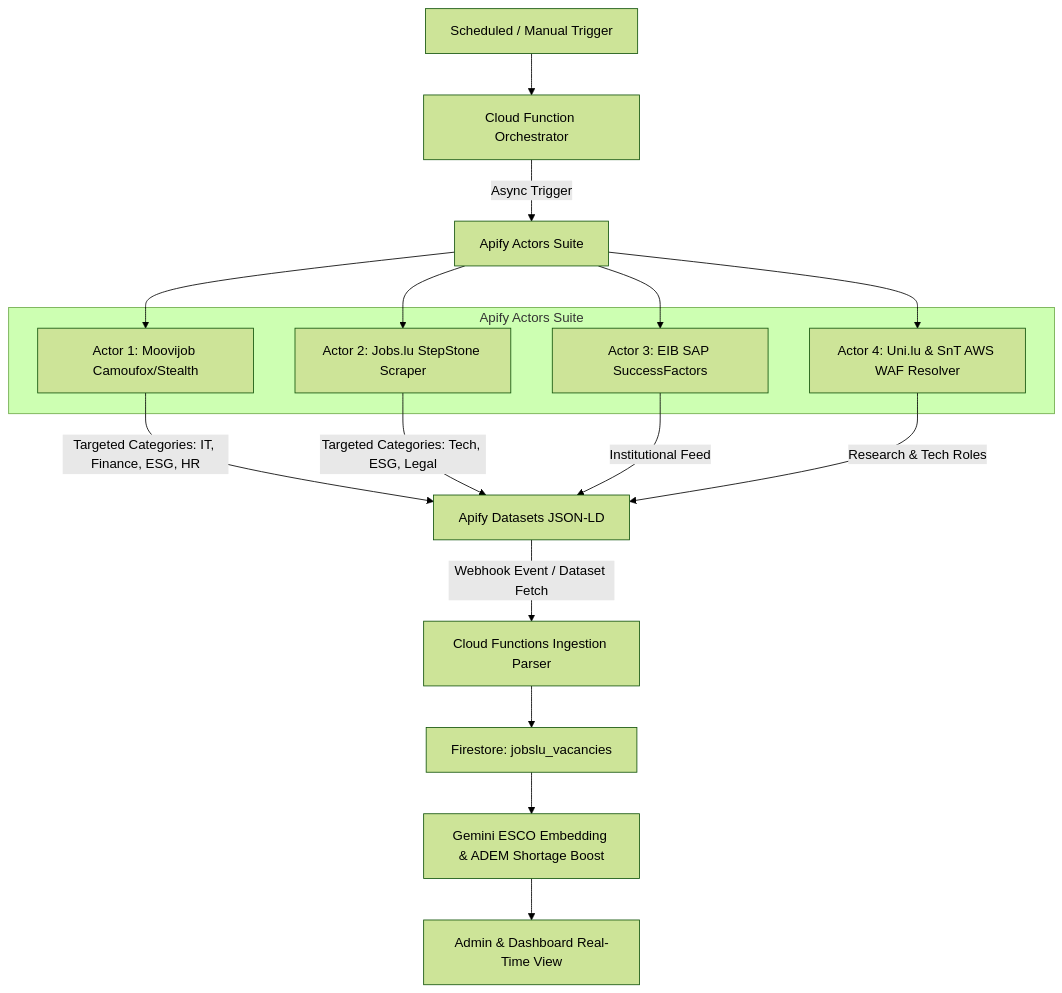
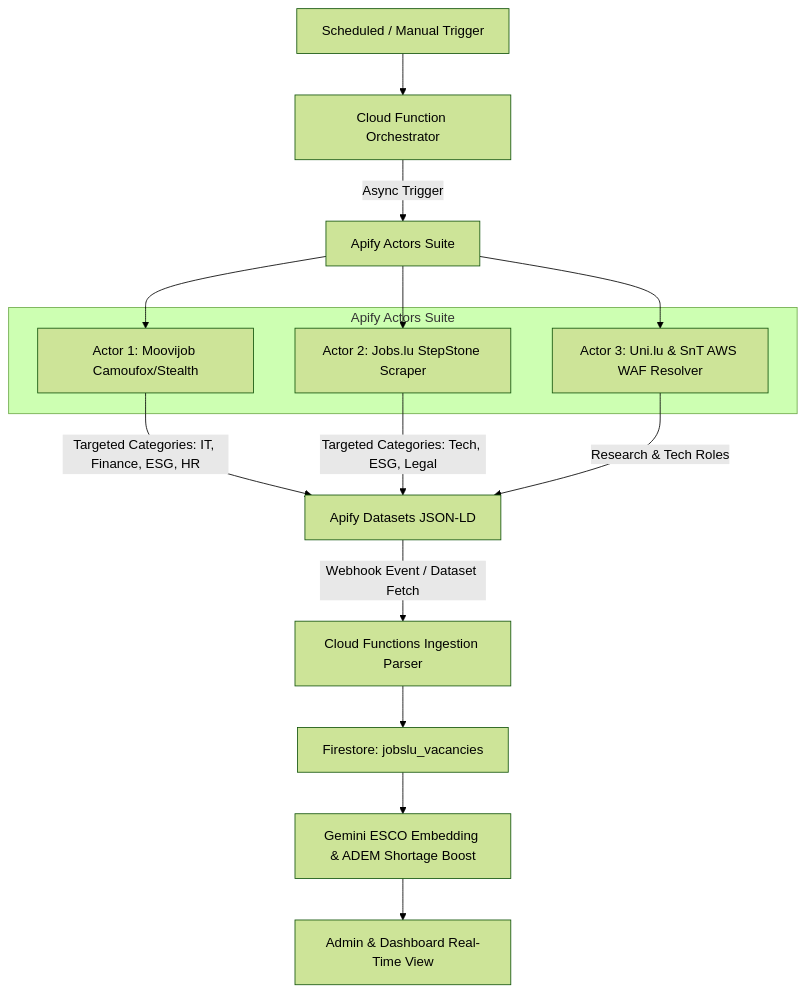
The first of 2 diagrams in docs/APIFY_OPTIMIZATION_PLAN.md (AmwataPhilip/jobs-lu), drawn with Mermaid (forest theme) before and after one commit. The commit also changed other lines of this file and 3 other files, not shown here.

````diff
--- a/docs/APIFY_OPTIMIZATION_PLAN.md
+++ b/docs/APIFY_OPTIMIZATION_PLAN.md
@@ -45,27 +45,24 @@
 ```mermaid
 flowchart TD
     A[Scheduled / Manual Trigger] --> B[Cloud Function Orchestrator]
     B -->|Async Trigger| C[Apify Actors Suite]
     
     subgraph Apify_Actors [Apify Actors Suite]
         C1[Actor 1: Moovijob Camoufox/Stealth]
         C2[Actor 2: Jobs.lu StepStone Scraper]
-        C3[Actor 3: EIB SAP SuccessFactors]
-        C4[Actor 4: Uni.lu & SnT AWS WAF Resolver]
+        C4[Actor 3: Uni.lu & SnT AWS WAF Resolver]
     end
     
     C --> C1
     C --> C2
-    C --> C3
     C --> C4
     
     C1 -->|Targeted Categories: IT, Finance, ESG, HR| D[Apify Datasets JSON-LD]
     C2 -->|Targeted Categories: Tech, ESG, Legal| D
-    C3 -->|Institutional Feed| D
     C4 -->|Research & Tech Roles| D
     
     D -->|Webhook Event / Dataset Fetch| E[Cloud Functions Ingestion Parser]
     E --> F[Firestore: jobslu_vacancies]
     F --> G[Gemini ESCO Embedding & ADEM Shortage Boost]
     G --> H[Admin & Dashboard Real-Time View]
 ```
````
